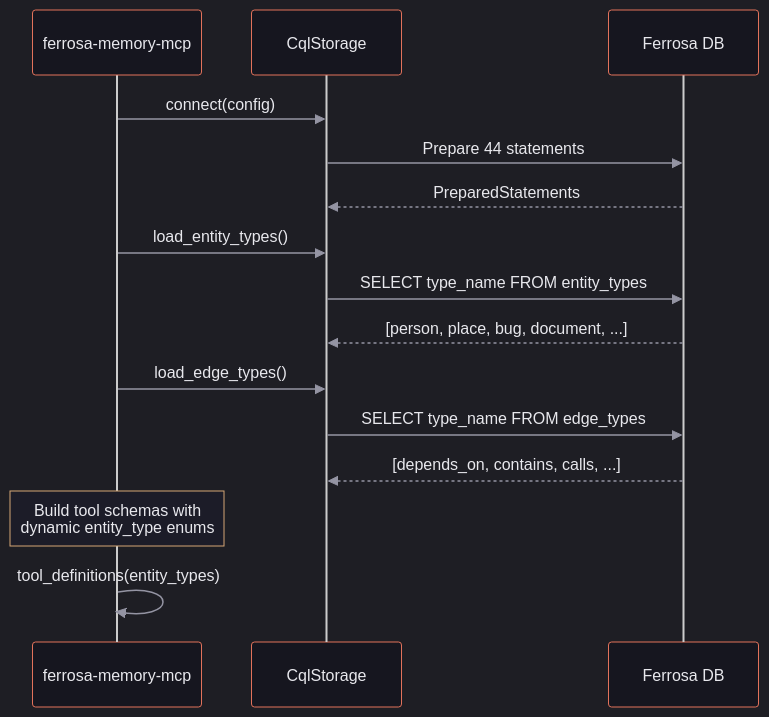
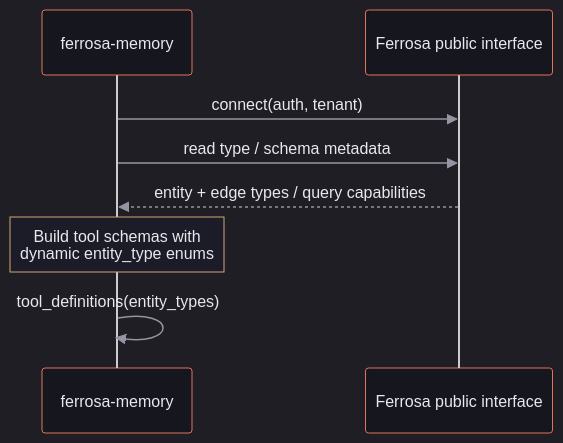
The tenth of 13 diagrams in specs/data-flow.md (ferrosadb/ferrosa-memory), drawn with Mermaid before and after one commit. The commit also changed other lines of this file and 153 other files, not shown here.

````diff
--- a/specs/data-flow.md
+++ b/specs/data-flow.md
@@ -263,19 +314,12 @@
 ```mermaid
 %%{init: {'theme':'dark','themeVariables':{'actorBkg':'#16161f','actorTextColor':'#e8e8ed','actorBorder':'#e2725b','signalColor':'#9494a3','signalTextColor':'#e8e8ed','labelBoxBkgColor':'#16161f','labelBoxBorderColor':'#e2725b','labelTextColor':'#e8e8ed','loopTextColor':'#e8e8ed','noteBkgColor':'#1c1c28','noteBorderColor':'#d4a574','noteTextColor':'#e8e8ed','activationBkgColor':'#1c1c28','activationBorderColor':'#e2725b'}}}%%
 sequenceDiagram
-    participant MCP as ferrosa-memory-mcp
-    participant CQL as CqlStorage
-    participant DB as Ferrosa DB
+    participant MCP as ferrosa-memory
+    participant API as Ferrosa public interface
 
-    MCP->>CQL: connect(config)
-    CQL->>DB: Prepare 44 statements
-    DB-->>CQL: PreparedStatements
-    MCP->>CQL: load_entity_types()
-    CQL->>DB: SELECT type_name FROM entity_types
-    DB-->>CQL: [person, place, bug, document, ...]
-    MCP->>CQL: load_edge_types()
-    CQL->>DB: SELECT type_name FROM edge_types
-    DB-->>CQL: [depends_on, contains, calls, ...]
+    MCP->>API: connect(auth, tenant)
+    MCP->>API: read type / schema metadata
+    API-->>MCP: entity + edge types / query capabilities
     Note over MCP: Build tool schemas with<br/>dynamic entity_type enums
     MCP->>MCP: tool_definitions(entity_types)
 ```
````
